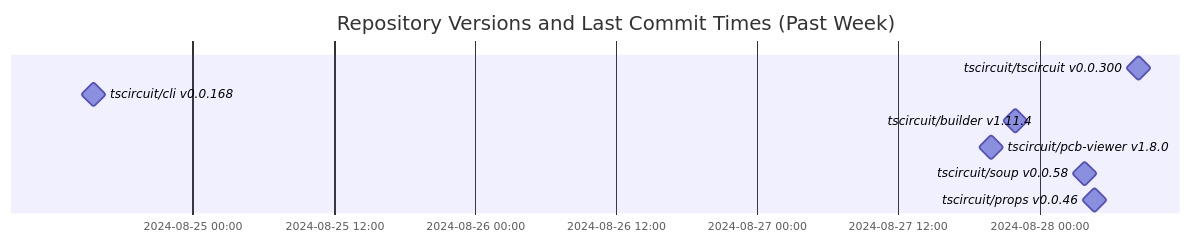
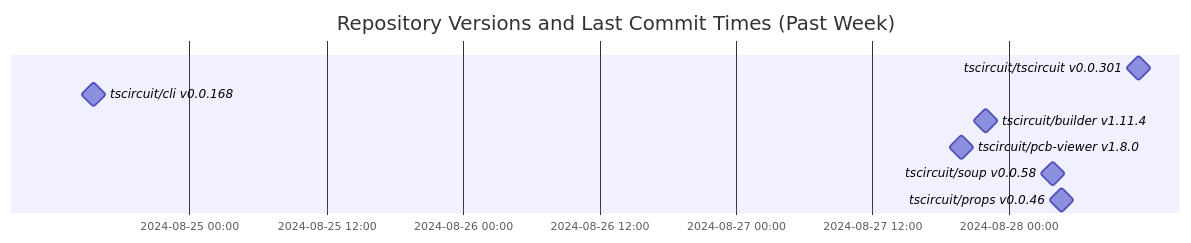
Before and after one commit to tscircuit/version-tracker: the diagram in README.md, drawn with Mermaid.

Commit message:
Update chart

````diff
--- a/README.md
+++ b/README.md
@@ -1,13 +1,13 @@
 ```mermaid
 gantt
   dateFormat  YYYY-MM-DD HH:mm:ss
   title Repository Versions and Last Commit Times (Past Week)
   axisFormat %Y-%m-%d %H:%M
 
-  tscircuit/tscircuit v0.0.300 : milestone, 2024-08-28 08:27:33, 1s
+  tscircuit/tscircuit v0.0.301 : milestone, 2024-08-28 11:26:07, 1s
   tscircuit/cli v0.0.168 : milestone, 2024-08-24 15:32:19, 1s
   tscircuit/builder v1.11.4 : milestone, 2024-08-27 21:56:45, 1s
   tscircuit/pcb-viewer v1.8.0 : milestone, 2024-08-27 19:53:15, 1s
   tscircuit/soup v0.0.58 : milestone, 2024-08-28 03:54:04, 1s
   tscircuit/props v0.0.46 : milestone, 2024-08-28 04:40:33, 1s
 ```
````
